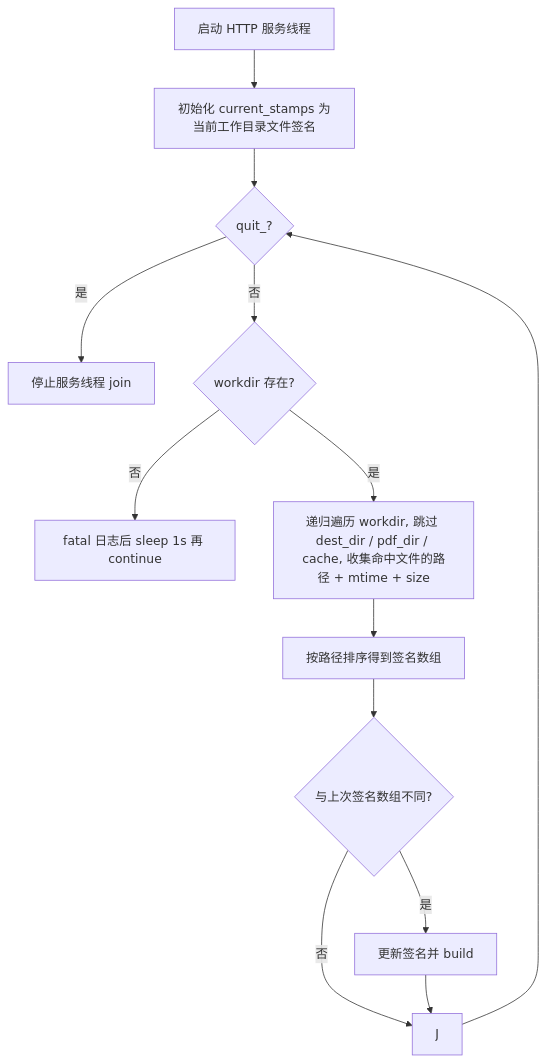
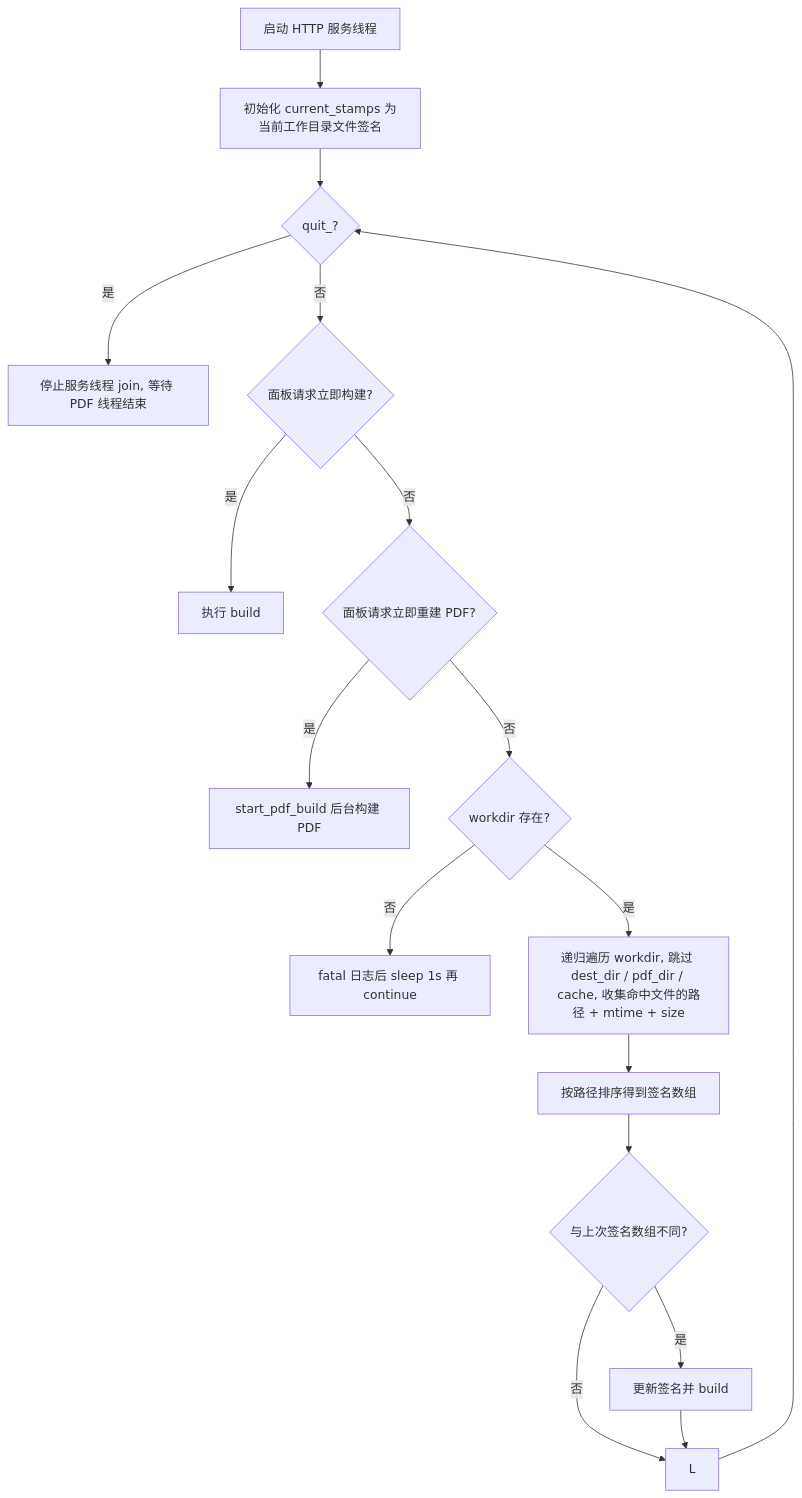
One commit to the-writer/camus changed the diagram in docs/prd/07-watch-mode.md. Above: the diagram before and after it, drawn with Mermaid. The commit also changed other lines of this file and 8 other files, not shown here.

Commit message:
feat: build pdf in background thread and add watch control panel

````diff
--- a/docs/prd/07-watch-mode.md
+++ b/docs/prd/07-watch-mode.md
@@ -22,15 +23,19 @@
 ```mermaid
 flowchart TD
     A[启动 HTTP 服务线程] --> B[初始化 current_stamps 为当前工作目录文件签名]
     B --> C{quit_?}
-    C -->|是| D[停止服务线程 join]
-    C -->|否| E{workdir 存在?}
-    E -->|否| F[fatal 日志后 sleep 1s 再 continue]
-    E -->|是| G[递归遍历 workdir, 跳过 dest_dir / pdf_dir / cache, 收集命中文件的路径 + mtime + size]
-    G --> H[按路径排序得到签名数组]
-    H --> I{与上次签名数组不同?}
-    I -->|是| K[更新签名并 build]
-    I -->|否| J
-    K --> J
-    J --> C
+    C -->|是| D[停止服务线程 join, 等待 PDF 线程结束]
+    C -->|否| E{面板请求立即构建?}
+    E -->|是| K2[执行 build]
+    E -->|否| E2{面板请求立即重建 PDF?}
+    E2 -->|是| K3[start_pdf_build 后台构建 PDF]
+    E2 -->|否| F{workdir 存在?}
+    F -->|否| G[fatal 日志后 sleep 1s 再 continue]
+    F -->|是| H[递归遍历 workdir, 跳过 dest_dir / pdf_dir / cache, 收集命中文件的路径 + mtime + size]
+    H --> I[按路径排序得到签名数组]
+    I --> J{与上次签名数组不同?}
+    J -->|是| K[更新签名并 build]
+    J -->|否| L
+    K --> L
+    L --> C
 ```
````
